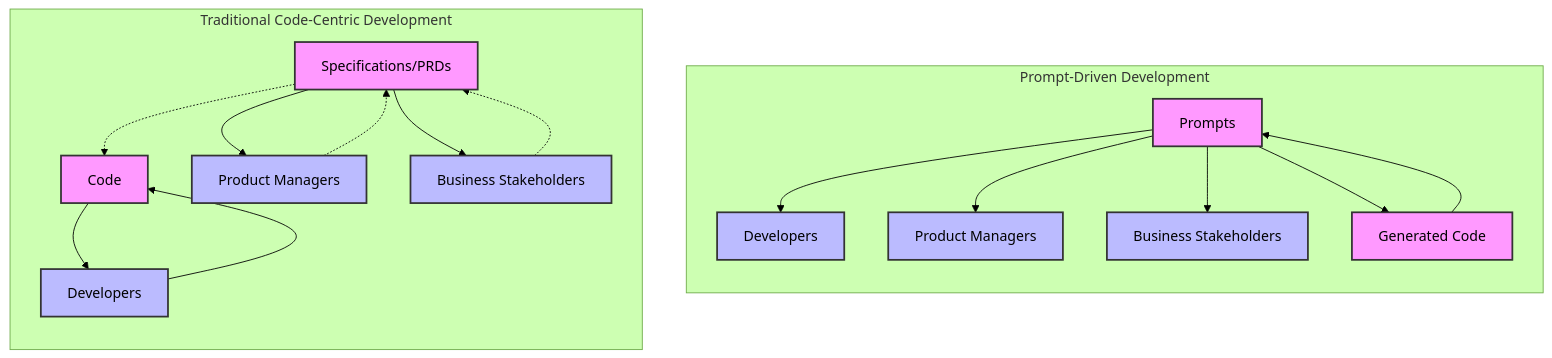
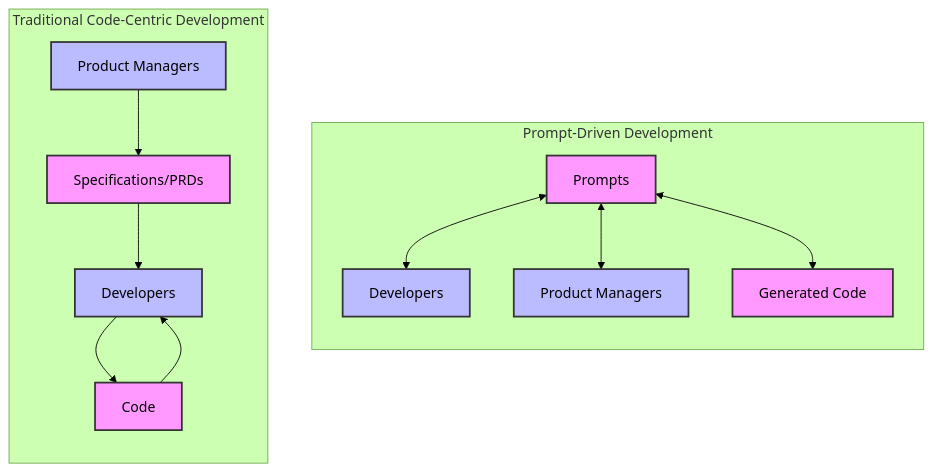
One commit to promptdriven/pdd changed the fourth of 4 diagrams in whitepaper.md. Above: the diagram before and after it, drawn with Mermaid (forest theme). The commit also changed other lines of this file, not shown here.

Commit message:
refactor: update collaboration model diagram and description in whitepaper
- Revised the mermaid diagram to clarify the interactions between stakeholders in traditional and Prompt-Driven Development (PDD) models, emphasizing the role of prompts as a central artifact.
- Enhanced the explanation of how PDD fosters collaboration and synchronization between developers and product managers, addressing the disconnection often seen in traditional development processes.

````diff
--- a/whitepaper.md
+++ b/whitepaper.md
@@ -186,32 +186,27 @@
 ```mermaid
 flowchart LR
     subgraph Traditional ["Traditional Code-Centric Development"]
         direction TB
-        TC[Code] --> TD[Developers]
-        TS[Specifications/PRDs] --> TPM[Product Managers]
-        TS --> TB[Business Stakeholders]
-        TS -.-> TC
-        TPM -.-> TS
-        TB -.-> TS
-        TD --> TC
+        TS[Specifications/PRDs] --> TD[Developers]
+        TD --> TC[Code]
+        TC --> TD
+        TPM[Product Managers] --> TS
         
         classDef artifact fill:#f9f,stroke:#333,stroke-width:2px
         classDef stakeholder fill:#bbf,stroke:#333,stroke-width:2px
         class TC,TS artifact
-        class TD,TPM,TB stakeholder
+        class TD,TPM stakeholder
     end
     
     subgraph PDD ["Prompt-Driven Development"]
         direction TB
-        PP[Prompts] --> PD[Developers]
-        PP --> PPM[Product Managers]
-        PP --> PB[Business Stakeholders]
-        PC[Generated Code] --> PP
-        PP --> PC
+        PP[Prompts] <--> PD[Developers]
+        PP <--> PPM[Product Managers]
+        PP <--> PC[Generated Code]
         
         class PP,PC artifact
-        class PD,PPM,PB stakeholder
+        class PD,PPM stakeholder
     end
     
     Traditional ~~~ PDD
 ```
````
